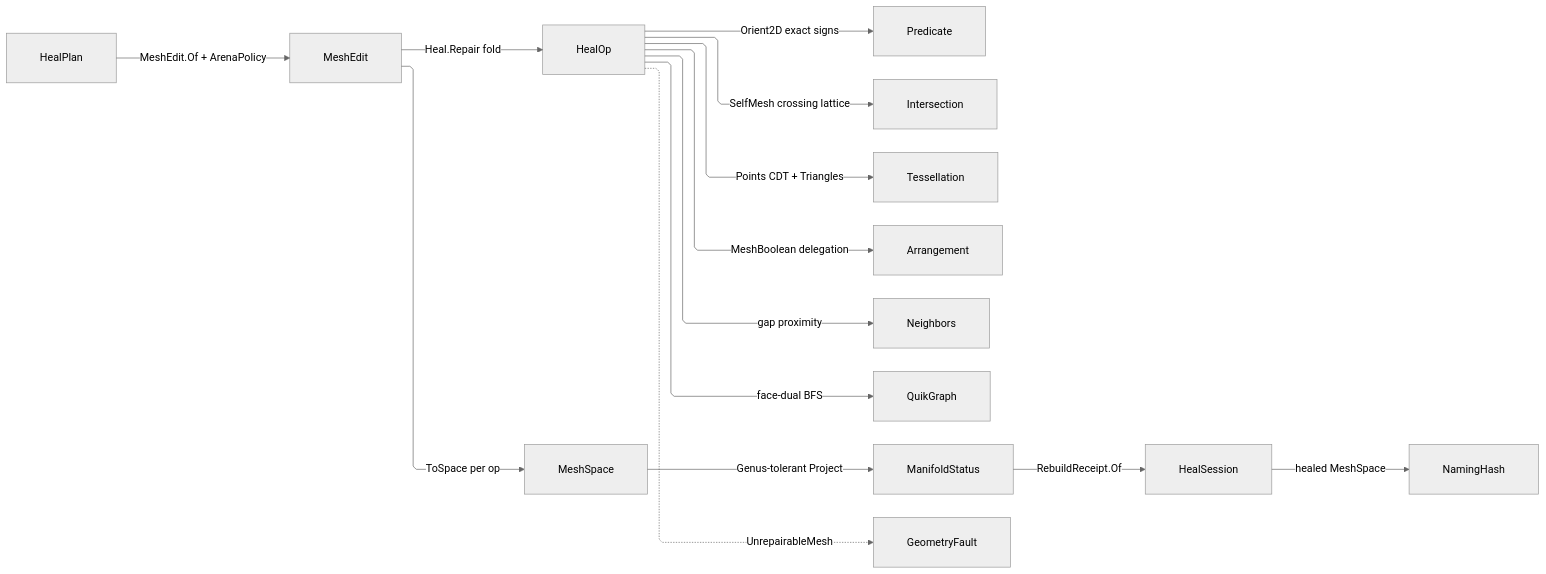
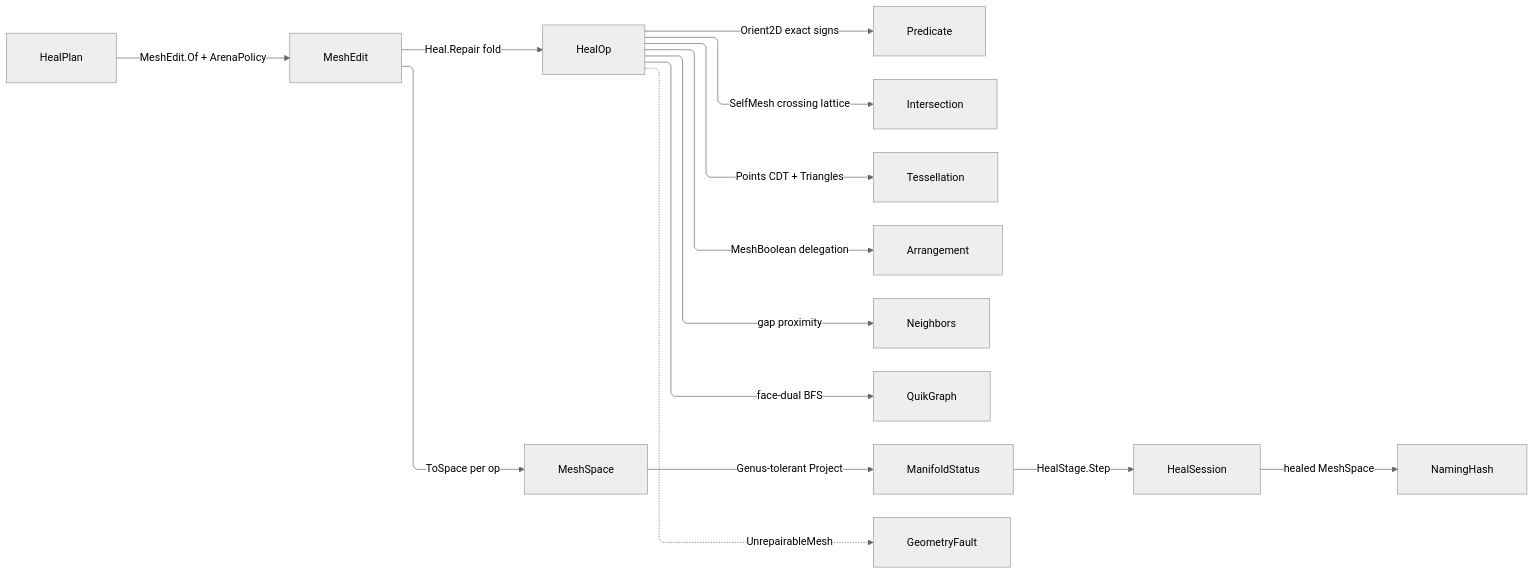
One commit to bsamiee/Rasm changed the diagram in libs/dotnet/Rasm/.planning/Processing/repair.md. Above: the diagram before and after it, drawn with Mermaid (neutral theme). The commit also changed other lines of this file and 1417 other files, not shown here.

````diff
--- a/libs/dotnet/Rasm/.planning/Processing/repair.md
+++ b/libs/dotnet/Rasm/.planning/Processing/repair.md
@@ -484,25 +484,25 @@
 ```mermaid
 ---
 config:
   layout: elk
   flowchart:
     curve: linear
     padding: 25
 ---
 flowchart LR
     accTitle: Mesh heal operation fold
-    accDescr: A heal plan entering the mesh-edit arena where each repair operation draws on exact predicates, intersection, tessellation, boolean arrangement, proximity, and face-dual traversal, the frozen space projecting manifold status into a rebuild receipt and the healed space into naming identity, with the unrepairable arm leaving as a geometry fault.
+    accDescr: A heal plan entering the mesh-edit arena where each repair operation draws on exact predicates, intersection, tessellation, boolean arrangement, proximity, and face-dual traversal, the frozen space projecting manifold status into a heal step and the healed space into naming identity, with the unrepairable arm leaving as a geometry fault.
     HealPlan -->|MeshEdit.Of + ArenaPolicy| MeshEdit
     MeshEdit -->|Heal.Repair fold| HealOp
     HealOp -->|Orient2D exact signs| Predicate
     HealOp -->|SelfMesh crossing lattice| Intersection
     HealOp -->|Points CDT + Triangles| Tessellation
     HealOp -->|MeshBoolean delegation| Arrangement
     HealOp -->|gap proximity| Neighbors
     HealOp -->|face-dual BFS| QuikGraph
     MeshEdit -->|ToSpace per op| MeshSpace
     MeshSpace -->|Genus-tolerant Project| ManifoldStatus
-    ManifoldStatus -->|RebuildReceipt.Of| HealSession
+    ManifoldStatus -->|HealStage.Step| HealSession
     HealSession -->|healed MeshSpace| NamingHash
     HealOp -.->|UnrepairableMesh| GeometryFault
 ```
````
